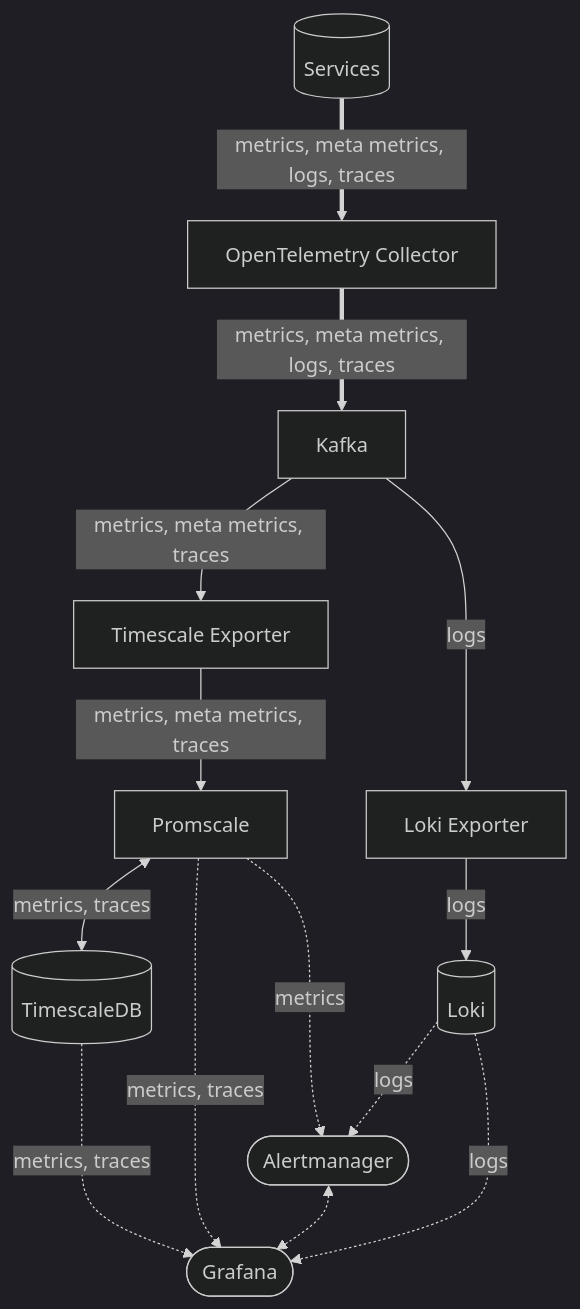
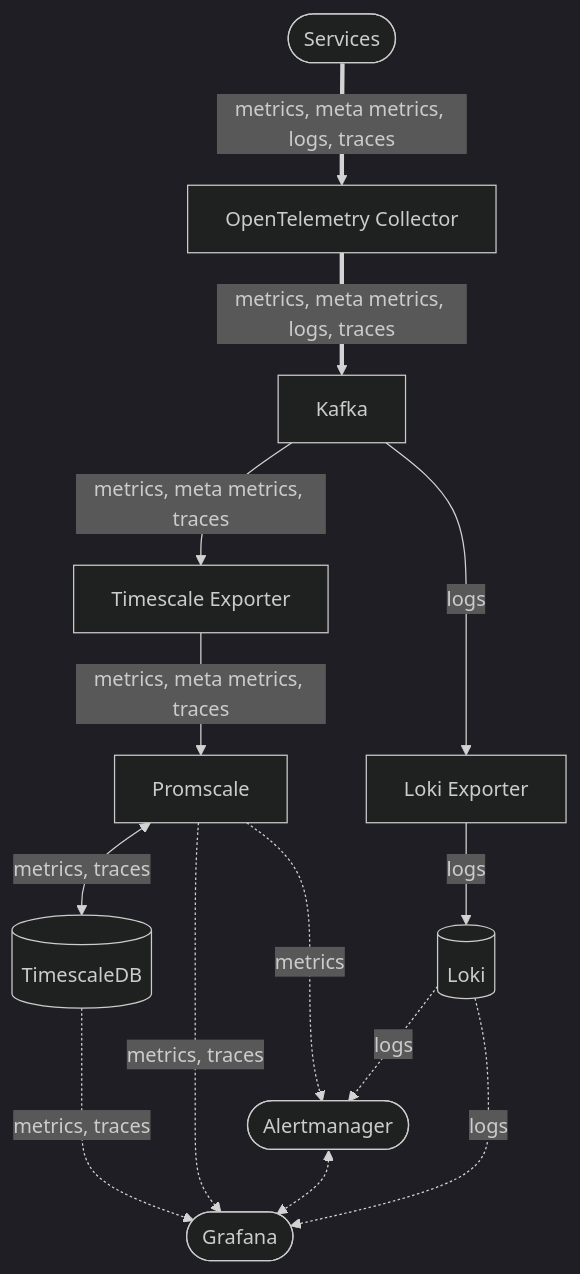
The diagram in README.md (lhns/otel-stack-swarm), drawn with Mermaid (dark theme) before and after one commit.

````diff
--- a/README.md
+++ b/README.md
@@ -3,20 +3,20 @@
 ```mermaid
 flowchart TD
-    services[(Services)]
+    services([Services])
     otel-collector[OpenTelemetry Collector]
     kafka[Kafka]
     timescale-exporter[Timescale Exporter]
     promscale[Promscale]
     timescaledb[(TimescaleDB)]
     alertmanager([Alertmanager])
     loki-exporter[Loki Exporter]
     loki[(Loki)]
     grafana([Grafana])
     services ==>|metrics, meta metrics, logs, traces| otel-collector ==>|metrics, meta metrics, logs, traces| kafka
     promscale <-->|metrics, traces| timescaledb -..->|metrics, traces| grafana
     kafka -->|metrics, meta metrics, traces| timescale-exporter -->|metrics, meta metrics, traces| promscale -.->|metrics, traces| grafana
     loki -.->|logs| alertmanager
     promscale -.->|metrics| alertmanager
     alertmanager <-.-> grafana
     kafka -->|logs| loki-exporter -->|logs| loki -.->|logs| grafana
 ```
````
